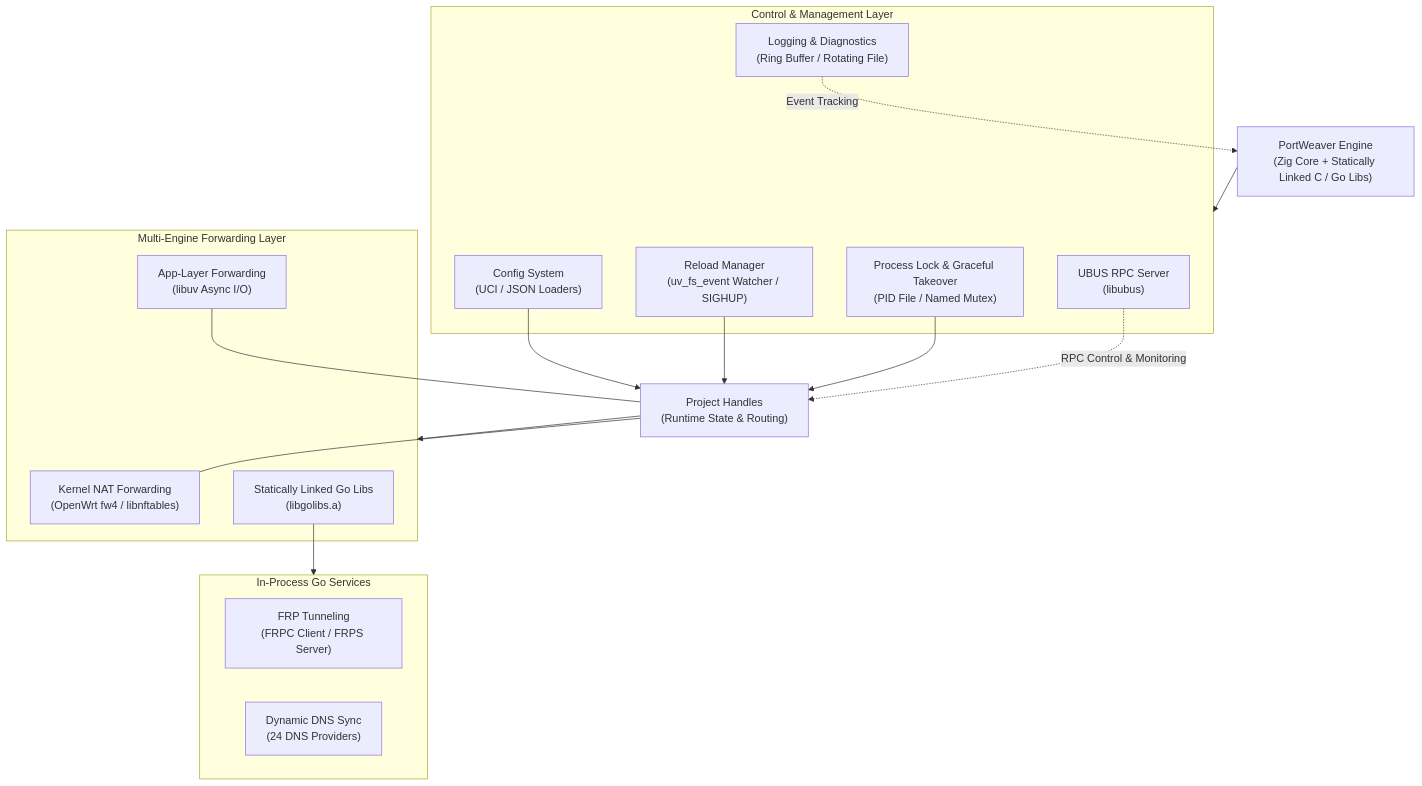
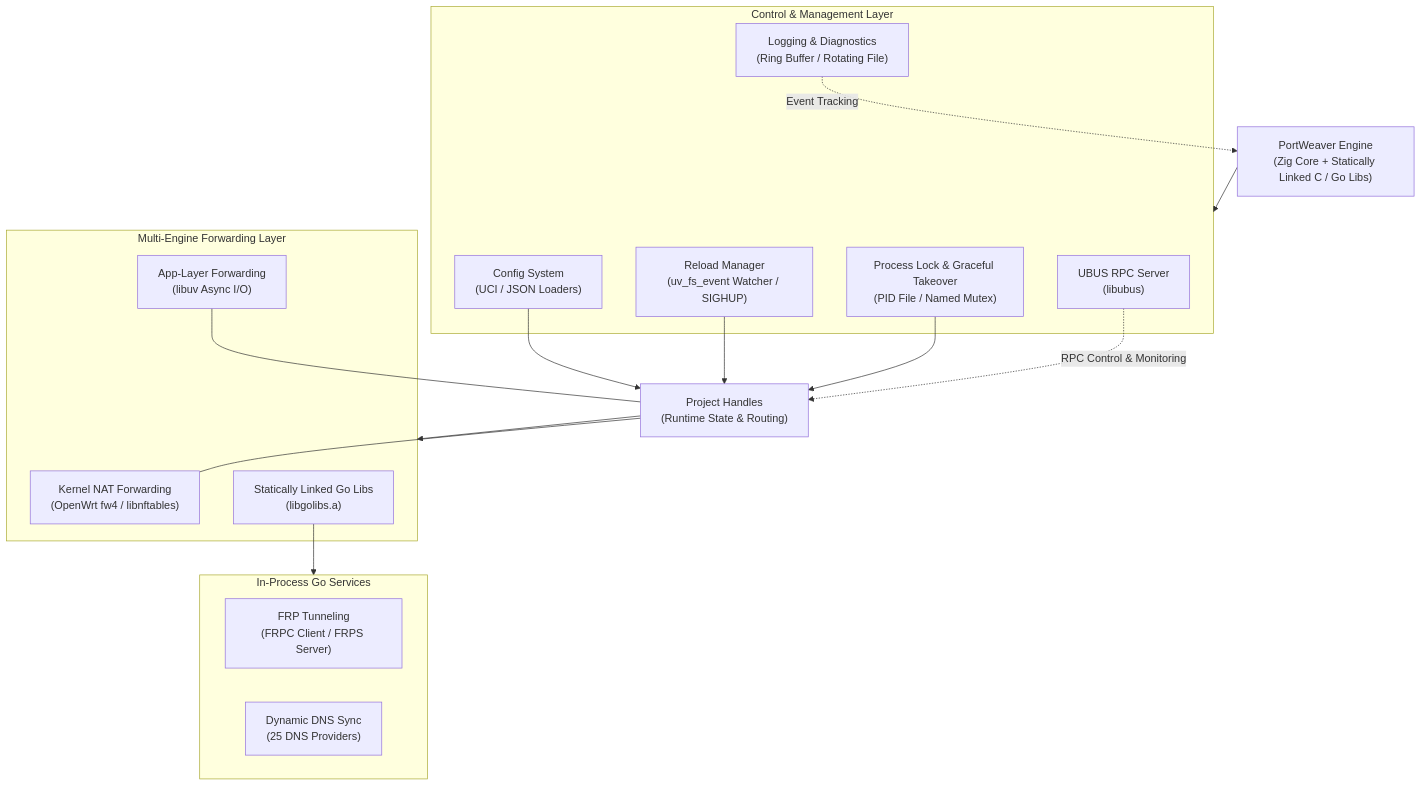
One commit to LazuliKao/portweaver changed the diagram in README.md. Above: the diagram before and after it, drawn with Mermaid. The commit also changed other lines of this file and 6 other files, not shown here.

````diff
--- a/README.md
+++ b/README.md
@@ -135,36 +135,36 @@
 ```mermaid
 graph TD
     Engine["PortWeaver Engine<br/>(Zig Core + Statically Linked C / Go Libs)"]
 
     subgraph Core["Control & Management Layer"]
         Config["Config System<br/>(UCI / JSON Loaders)"]
         Reload["Reload Manager<br/>(uv_fs_event Watcher / SIGHUP)"]
         Lock["Process Lock & Graceful Takeover<br/>(PID File / Named Mutex)"]
         UBUS["UBUS RPC Server<br/>(libubus)"]
         Log["Logging & Diagnostics<br/>(Ring Buffer / Rotating File)"]
     end
 
     Project["Project Handles<br/>(Runtime State & Routing)"]
 
     subgraph Forwarding["Multi-Engine Forwarding Layer"]
         KernelNAT["Kernel NAT Forwarding<br/>(OpenWrt fw4 / libnftables)"]
         AppForward["App-Layer Forwarding<br/>(libuv Async I/O)"]
         GoLibs["Statically Linked Go Libs<br/>(libgolibs.a)"]
     end
 
     subgraph GoServices["In-Process Go Services"]
         FRP["FRP Tunneling<br/>(FRPC Client / FRPS Server)"]
-        DDNS["Dynamic DNS Sync<br/>(24 DNS Providers)"]
+        DDNS["Dynamic DNS Sync<br/>(25 DNS Providers)"]
     end
 
     Engine --> Core
     Config --> Project
     Reload --> Project
     Lock --> Project
     Project --> Forwarding
     KernelNAT --- Project
     AppForward --- Project
     GoLibs --> GoServices
     UBUS -.->|"RPC Control & Monitoring"| Project
     Log -.->|"Event Tracking"| Engine
 ```
````
